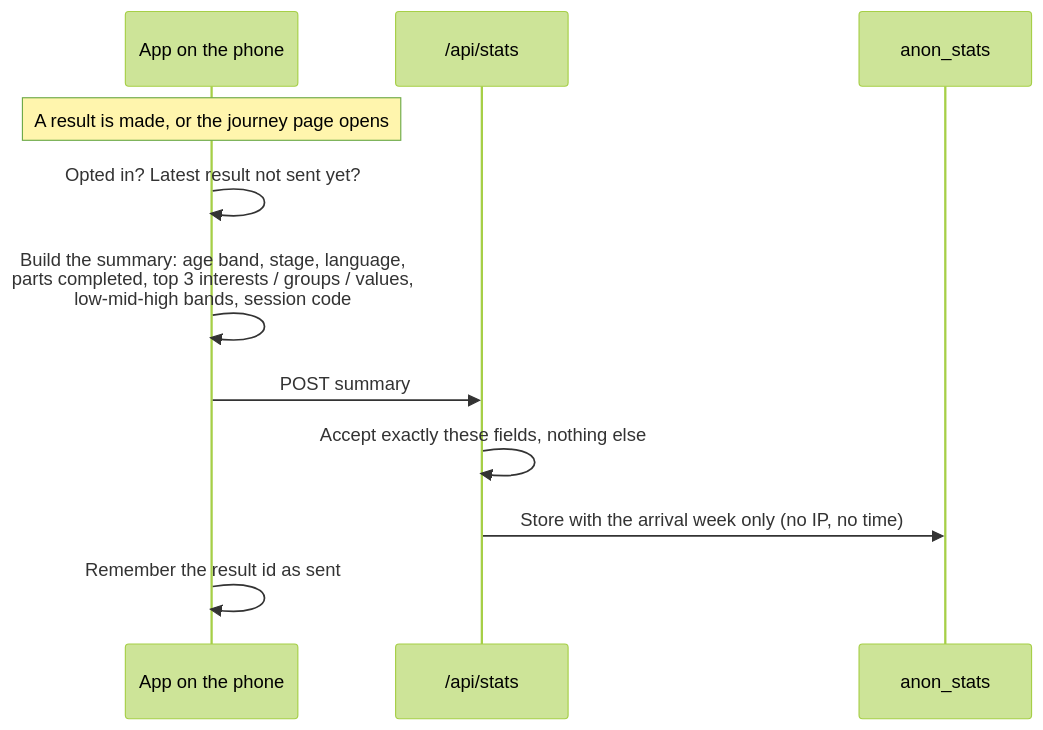
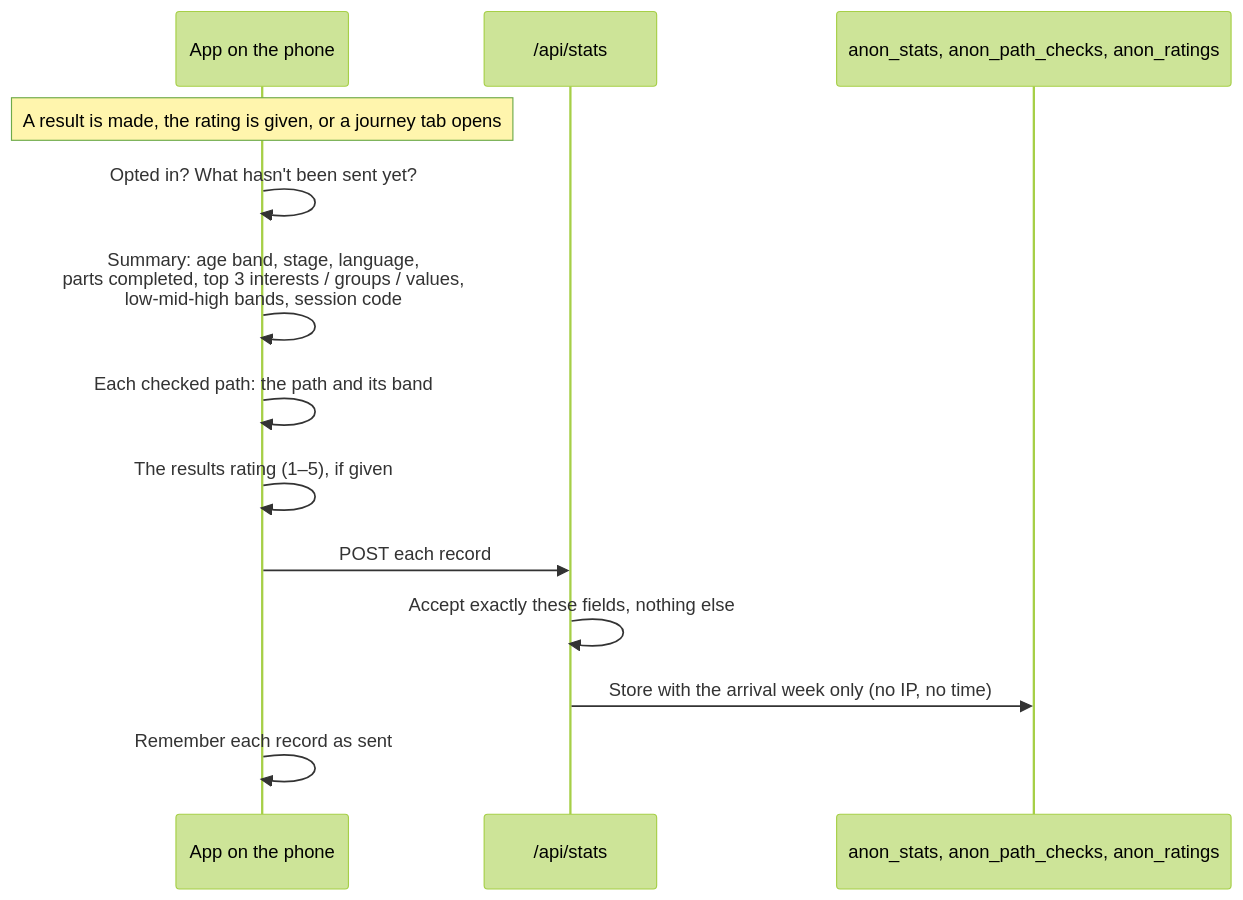
The eighth of 12 diagrams in docs/system/flows.md (geomagdy95-netizen/anaBokra), drawn with Mermaid (forest theme) before and after one commit. The commit also changed other lines of this file and 36 other files, not shown here.

````diff
--- a/docs/system/flows.md
+++ b/docs/system/flows.md
@@ -240,13 +240,15 @@
 ```mermaid
 sequenceDiagram
     participant App as App on the phone
     participant API as /api/stats
-    participant DB as anon_stats
-    Note over App: A result is made, or the journey page opens
-    App->>App: Opted in? Latest result not sent yet?
-    App->>App: Build the summary: age band, stage, language,<br/>parts completed, top 3 interests / groups / values,<br/>low-mid-high bands, session code
-    App->>API: POST summary
+    participant DB as anon_stats, anon_path_checks, anon_ratings
+    Note over App: A result is made, the rating is given, or a journey tab opens
+    App->>App: Opted in? What hasn't been sent yet?
+    App->>App: Summary: age band, stage, language,<br/>parts completed, top 3 interests / groups / values,<br/>low-mid-high bands, session code
+    App->>App: Each checked path: the path and its band
+    App->>App: The results rating (1–5), if given
+    App->>API: POST each record
     API->>API: Accept exactly these fields, nothing else
     API->>DB: Store with the arrival week only (no IP, no time)
-    App->>App: Remember the result id as sent
+    App->>App: Remember each record as sent
 ```
````
